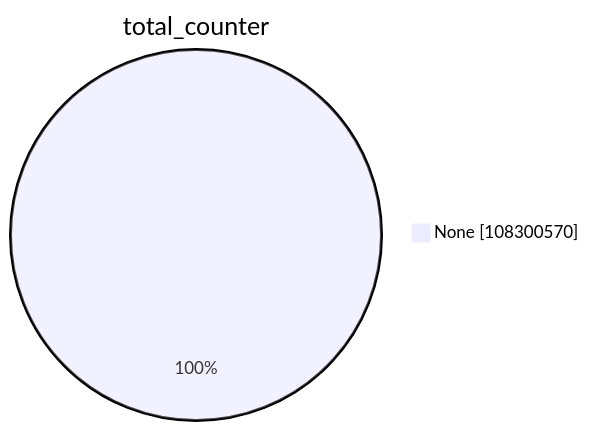
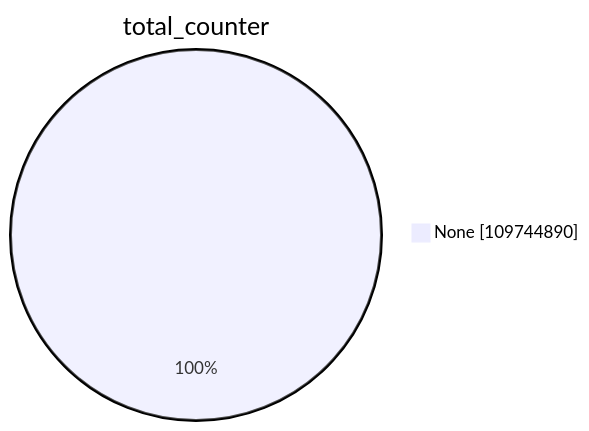
One commit to christiankrug/ctmonitor_visualization changed the first of 15 diagrams in xenon2023/README.md. Above: the diagram before and after it, drawn with Mermaid. The commit also changed other lines of this file, not shown here.

````diff
--- a/xenon2023/README.md
+++ b/xenon2023/README.md
@@ -1,5 +1,5 @@
 ```mermaid
 pie showData
 title total_counter
-"None" :108300570
+"None" :109744890
 ```
````
